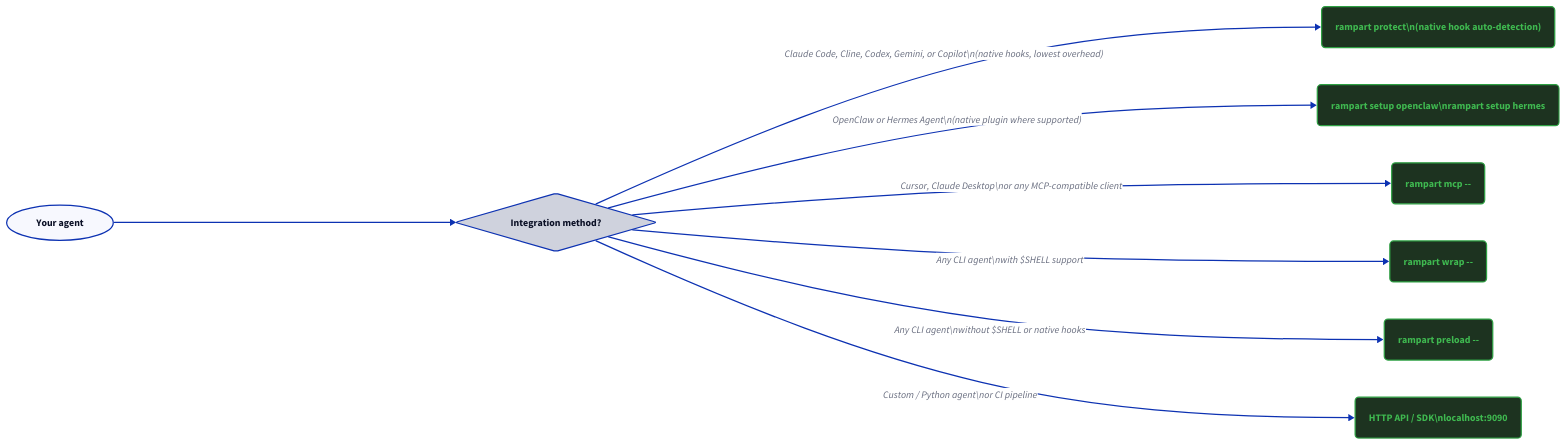
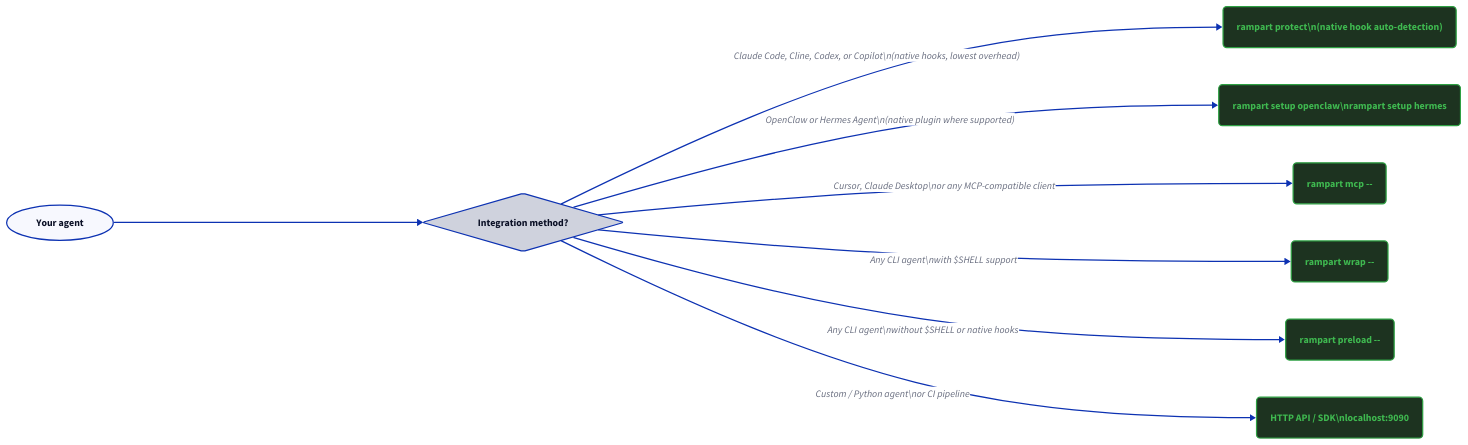
The diagram in docs-site/integrations/index.md (peg/rampart), drawn with D2 before and after one commit. The commit also changed other lines of this file and 29 other files, not shown here.

````diff
--- a/docs-site/integrations/index.md
+++ b/docs-site/integrations/index.md
@@ -62,35 +62,35 @@
 ```d2
 direction: right
 
 start: "Your agent" {shape: oval}
 
 q: "Integration method?" {shape: diamond}
 
 hooks: "rampart protect\\n(native hook auto-detection)" {
   style.fill: "#1d3320"; style.stroke: "#2ea043"; style.font-color: "#3fb950"; style.border-radius: 6
 }
 shim: "rampart setup openclaw\\nrampart setup hermes" {
   style.fill: "#1d3320"; style.stroke: "#2ea043"; style.font-color: "#3fb950"; style.border-radius: 6
 }
 mcp: "rampart mcp --" {
   style.fill: "#1d3320"; style.stroke: "#2ea043"; style.font-color: "#3fb950"; style.border-radius: 6
 }
 wrap: "rampart wrap --" {
   style.fill: "#1d3320"; style.stroke: "#2ea043"; style.font-color: "#3fb950"; style.border-radius: 6
 }
 preload: "rampart preload --" {
   style.fill: "#1d3320"; style.stroke: "#2ea043"; style.font-color: "#3fb950"; style.border-radius: 6
 }
 api: "HTTP API / SDK\\nlocalhost:9090" {
   style.fill: "#1d3320"; style.stroke: "#2ea043"; style.font-color: "#3fb950"; style.border-radius: 6
 }
 
 start -> q
 
-q -> hooks: "Claude Code, Cline, Codex, Gemini, or Copilot\\n(native hooks, lowest overhead)"
+q -> hooks: "Claude Code, Cline, Codex, or Copilot\\n(native hooks, lowest overhead)"
 q -> shim: "OpenClaw or Hermes Agent\\n(native plugin where supported)"
 q -> mcp: "Cursor, Claude Desktop\\nor any MCP-compatible client"
 q -> wrap: "Any CLI agent\\nwith \$SHELL support"
 q -> preload: "Any CLI agent\\nwithout \$SHELL or native hooks"
 q -> api: "Custom / Python agent\\nor CI pipeline"
 ```
````
